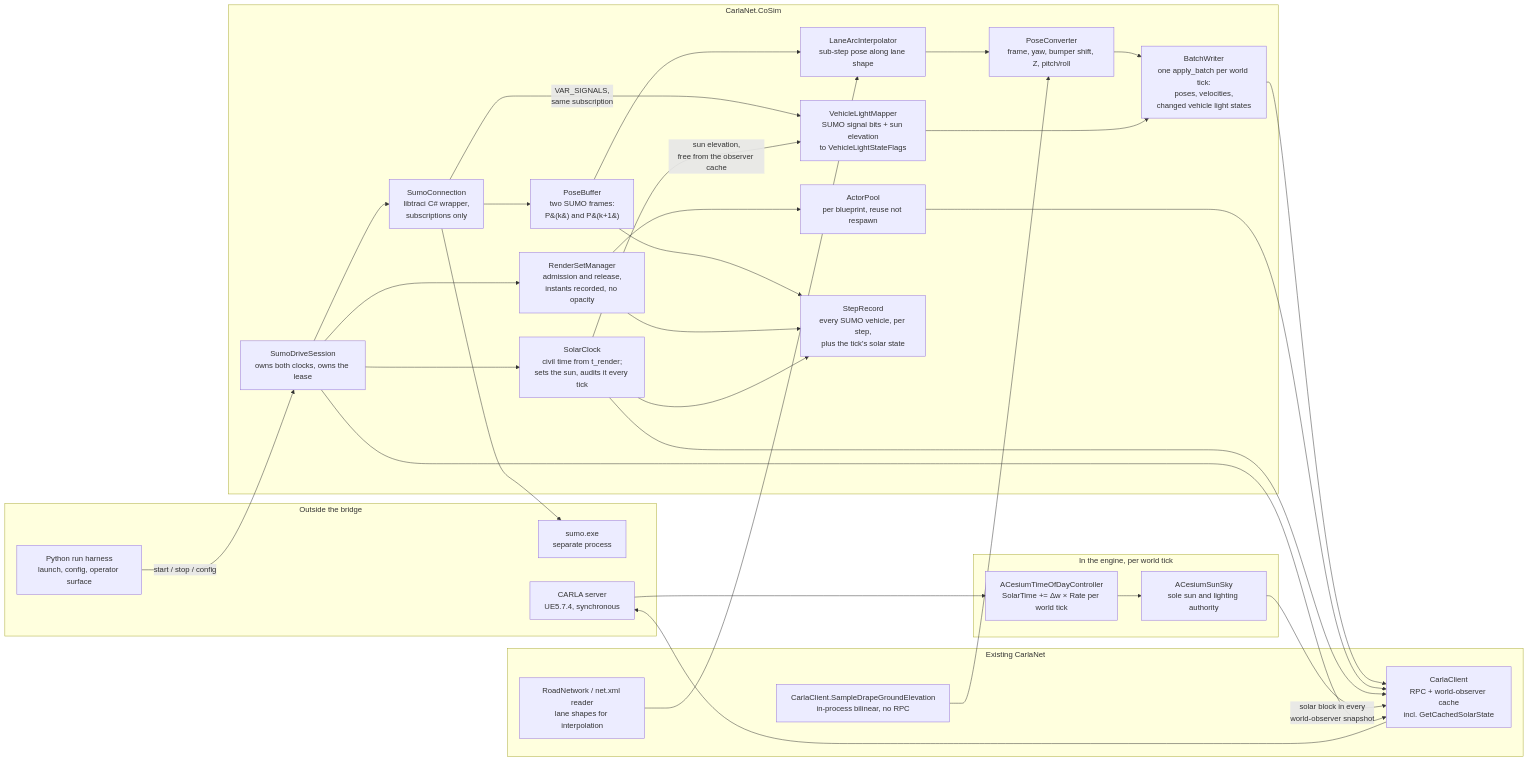
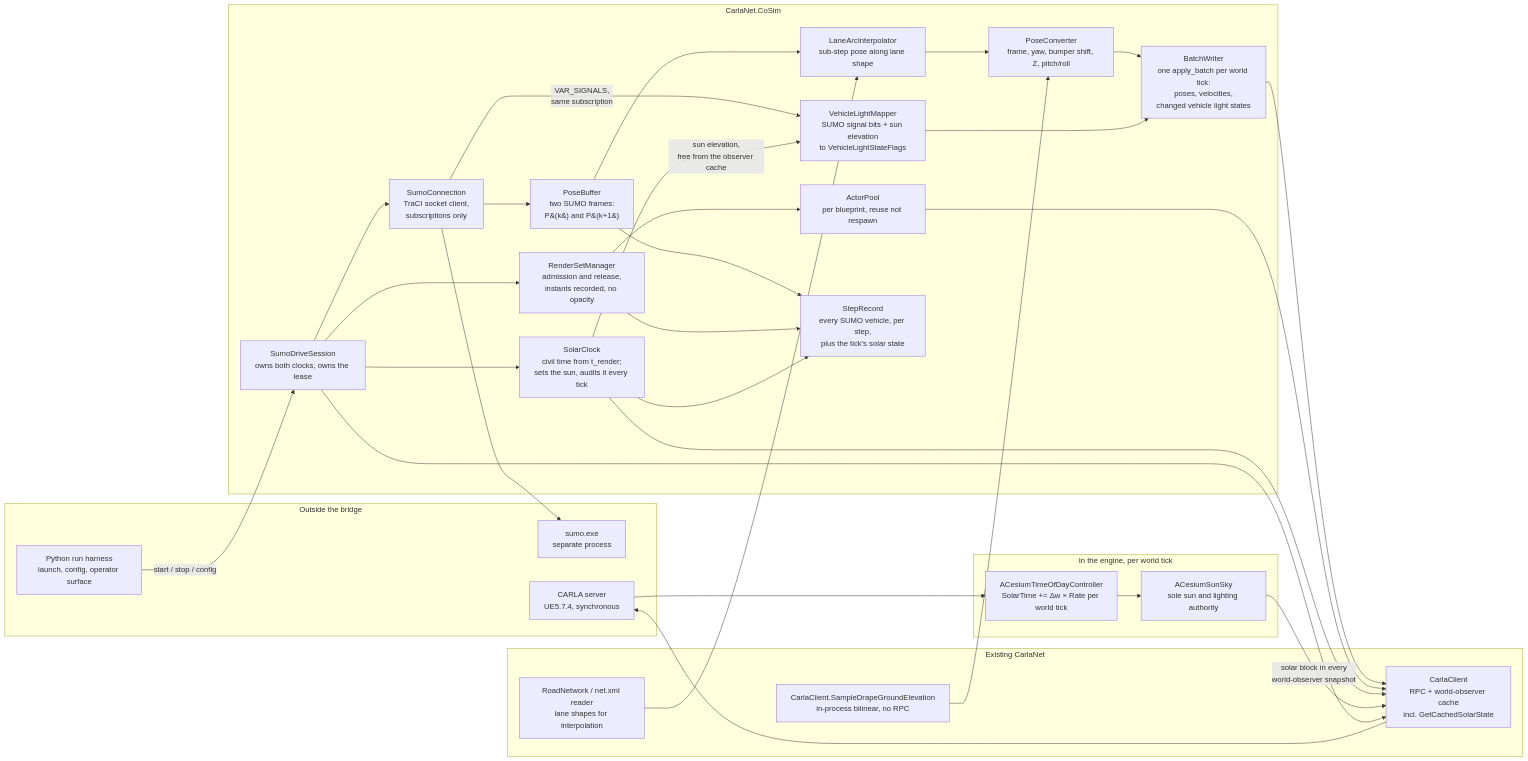
Before and after one commit to sbrett9/carla: the first of 4 diagrams in Docs/CAT_Research/Plans/SUMO_Behavioral_Capture/03_CoSimulation_Runtime.md, drawn with Mermaid. The commit also changed other lines of this file and 10 other files, not shown here.

First line of the commit message:
Follow the direct TraCI client through the plan sections

````diff
--- a/Docs/CAT_Research/Plans/SUMO_Behavioral_Capture/03_CoSimulation_Runtime.md
+++ b/Docs/CAT_Research/Plans/SUMO_Behavioral_Capture/03_CoSimulation_Runtime.md
@@ -83,49 +84,49 @@
 ```mermaid
 flowchart LR
   subgraph ext["Outside the bridge"]
     SUMO["sumo.exe<br/>separate process"]
     SRV["CARLA server<br/>UE5.7.4, synchronous"]
     PY["Python run harness<br/>launch, config, operator surface"]
   end
 
   subgraph cosim["CarlaNet.CoSim"]
     DRV["SumoDriveSession<br/>owns both clocks, owns the lease"]
-    CONN["SumoConnection<br/>libtraci C# wrapper,<br/>subscriptions only"]
+    CONN["SumoConnection<br/>TraCI socket client,<br/>subscriptions only"]
     BUF["PoseBuffer<br/>two SUMO frames:<br/>P&#40;k&#41; and P&#40;k+1&#41;"]
     INT["LaneArcInterpolator<br/>sub-step pose along lane shape"]
     CONV["PoseConverter<br/>frame, yaw, bumper shift, Z, pitch/roll"]
     POOL["ActorPool<br/>per blueprint, reuse not respawn"]
     RS["RenderSetManager<br/>admission and release,<br/>instants recorded, no opacity"]
     SOL["SolarClock<br/>civil time from t_render;<br/>sets the sun, audits it every tick"]
     LIGHT["VehicleLightMapper<br/>SUMO signal bits + sun elevation<br/>to VehicleLightStateFlags"]
     WR["BatchWriter<br/>one apply_batch per world tick:<br/>poses, velocities,<br/>changed vehicle light states"]
     REC["StepRecord<br/>every SUMO vehicle, per step,<br/>plus the tick's solar state"]
   end
 
   subgraph deps["Existing CarlaNet"]
     CC["CarlaClient<br/>RPC + world-observer cache<br/>incl. GetCachedSolarState"]
     NET["RoadNetwork / net.xml reader<br/>lane shapes for interpolation"]
     DRAPE["CarlaClient.SampleDrapeGroundElevation<br/>in-process bilinear, no RPC"]
   end
 
   subgraph eng["In the engine, per world tick"]
     TOD["ACesiumTimeOfDayController<br/>SolarTime += Δw × Rate per world tick"]
     SUN["ACesiumSunSky<br/>sole sun and lighting authority"]
   end
 
   PY -->|"start / stop / config"| DRV
   DRV --> CONN --> SUMO
   CONN --> BUF --> INT --> CONV --> WR --> CC --> SRV
   CONN -->|"VAR_SIGNALS,<br/>same subscription"| LIGHT --> WR
   NET --> INT
   DRAPE --> CONV
   DRV --> RS --> POOL --> CC
   DRV --> SOL --> CC
   SOL -->|"sun elevation,<br/>free from the observer cache"| LIGHT
   SRV --> TOD --> SUN
   SUN -->|"solar block in every<br/>world-observer snapshot"| CC
   BUF --> REC
   RS --> REC
   SOL --> REC
   DRV --> CC
 ```
````
